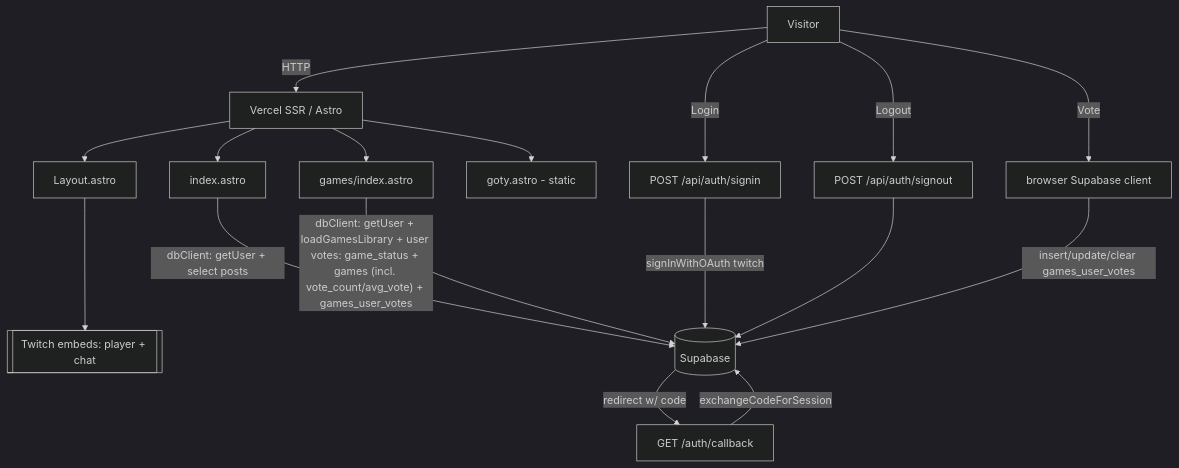
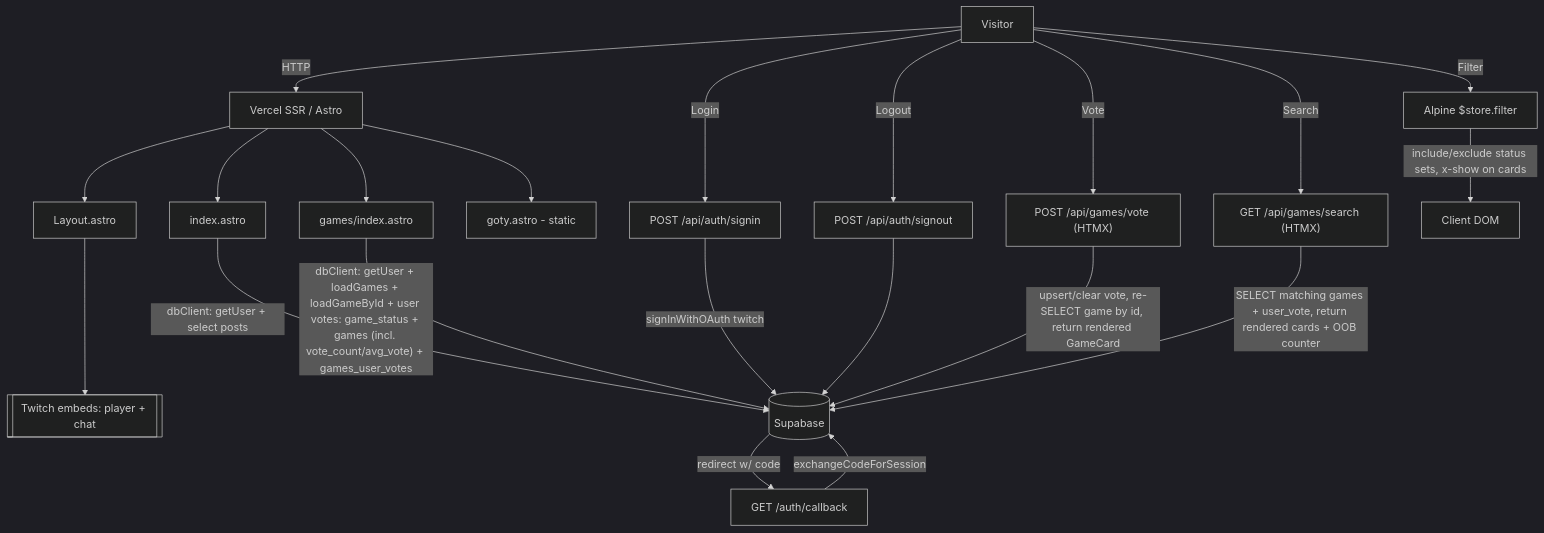
Before and after one commit to danygq/knekro-hub: the diagram in ARCHITECTURE.md, drawn with Mermaid (dark theme). The commit also changed other lines of this file and 15 other files, not shown here.

````diff
--- a/ARCHITECTURE.md
+++ b/ARCHITECTURE.md
@@ -18,15 +18,17 @@
 ```mermaid
 flowchart TD
-  U[Visitor] -->|HTTP| V["Vercel SSR / Astro"]
-  V --> L["Layout.astro"]
-  V --> Pi["index.astro"] -->|" dbClient: getUser + select posts "| SB[(Supabase)]
-  V --> Pg["games/index.astro"]
-  Pg -->|" dbClient: getUser + loadGamesLibrary + user votes: game_status + games (incl. vote_count/avg_vote) + games_user_votes "| SB
-  V --> Pgo["goty.astro - static"]
-  U -->|Login| AS["POST /api/auth/signin"] -->|" signInWithOAuth twitch "| SB
-  SB -->|" redirect w/ code "| CB["GET /auth/callback"] -->|exchangeCodeForSession| SB
-  U -->|Logout| AO["POST /api/auth/signout"] --> SB
-  U -->|Vote| PV["browser Supabase client"] -->|" insert/update/clear games_user_votes "| SB
-  L --> TW[[Twitch embeds: player + chat]]
+    U[Visitor] -->|HTTP| V["Vercel SSR / Astro"]
+    V --> L["Layout.astro"]
+    V --> Pi["index.astro"] -->|" dbClient: getUser + select posts "| SB[(Supabase)]
+    V --> Pg["games/index.astro"]
+    Pg -->|" dbClient: getUser + loadGames + loadGameById + user votes: game_status + games (incl. vote_count/avg_vote) + games_user_votes "| SB
+    V --> Pgo["goty.astro - static"]
+    U -->|Login| AS["POST /api/auth/signin"] -->|" signInWithOAuth twitch "| SB
+    SB -->|" redirect w/ code "| CB["GET /auth/callback"] -->|exchangeCodeForSession| SB
+    U -->|Logout| AO["POST /api/auth/signout"] --> SB
+    U -->|Vote| PV["POST /api/games/vote (HTMX)"] -->|" upsert/clear vote, re-SELECT game by id, return rendered GameCard "| SB
+    U -->|Search| SE["GET /api/games/search (HTMX)"] -->|" SELECT matching games + user_vote, return rendered cards + OOB counter "| SB
+    U -->|Filter| AF["Alpine $store.filter"] -->|" include/exclude status sets, x-show on cards "| CD[Client DOM]
+    L --> TW[[Twitch embeds: player + chat]]
 
 ```
````
